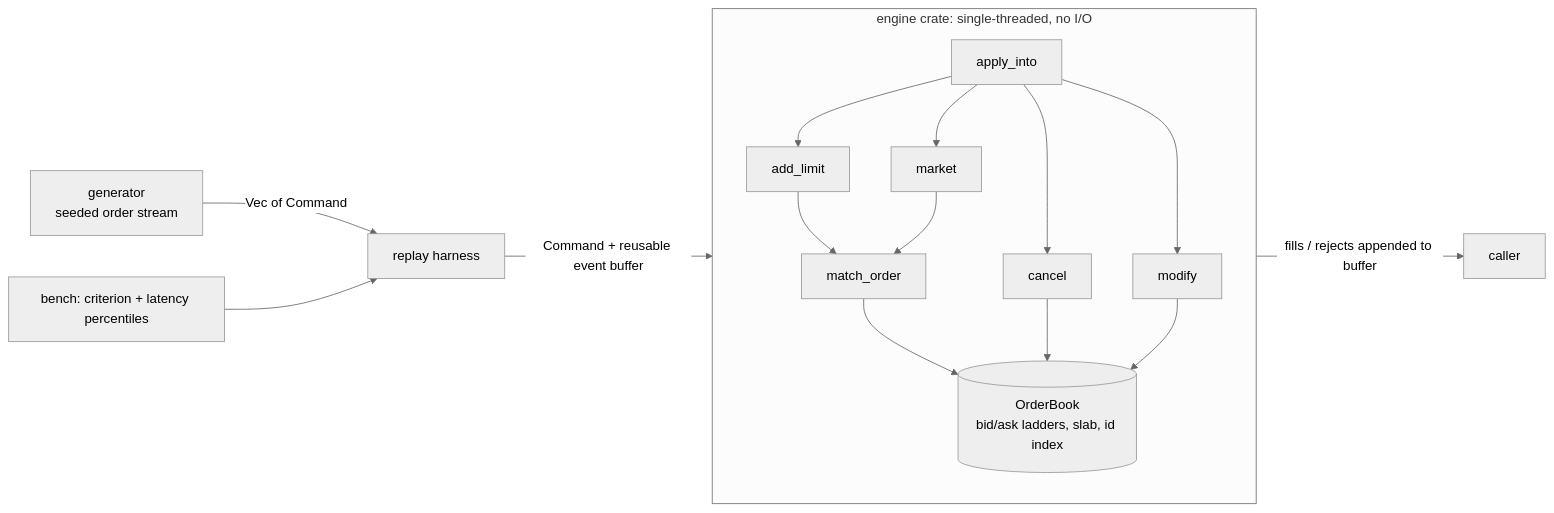
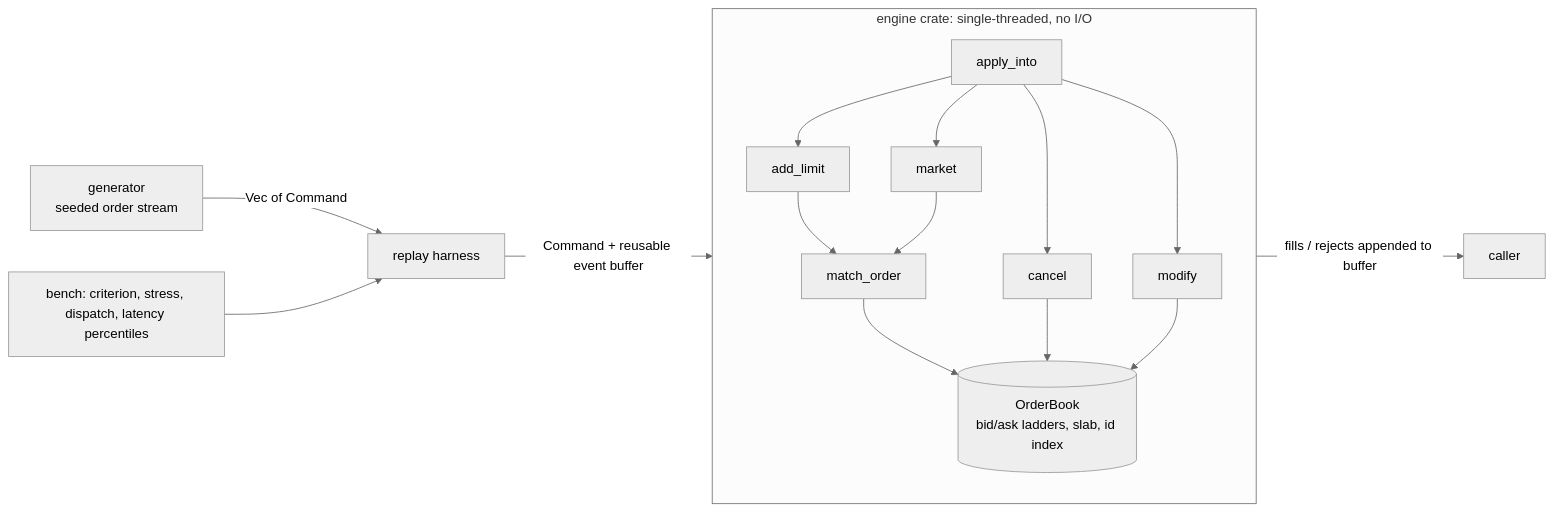
The diagram in README.md (VedantShuklaaa/lobster), drawn with Mermaid (neutral theme) before and after one commit. The commit also changed other lines of this file and 3 other files, not shown here.

First line of the commit message:
bench: bursty stream preset; stress and dispatch bins take presets

````diff
--- a/README.md
+++ b/README.md
@@ -32,18 +32,18 @@
 ```mermaid
 flowchart LR
     G[generator<br/>seeded order stream] -->|Vec of Command| H
     H[replay harness] -->|Command + reusable event buffer| E
     subgraph E[engine crate: single-threaded, no I/O]
         A[apply_into] --> L[add_limit]
         A --> M[market]
         A --> C[cancel]
         A --> X[modify]
         L --> MO[match_order]
         M --> MO
         MO --> B[(OrderBook<br/>bid/ask ladders, slab, id index)]
         C --> B
         X --> B
     end
     E -->|fills / rejects appended to buffer| O[caller]
-    B2[bench: criterion + latency percentiles] --> H
+    B2[bench: criterion, stress, dispatch, latency percentiles] --> H
 ```
````
